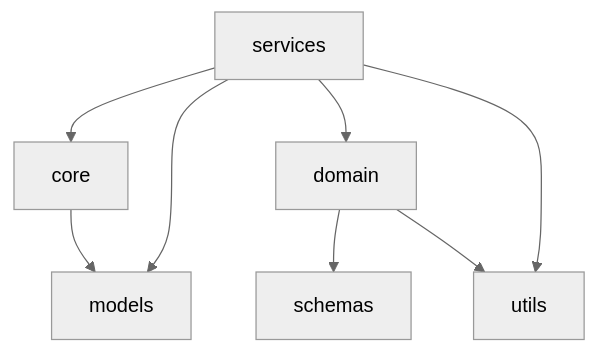
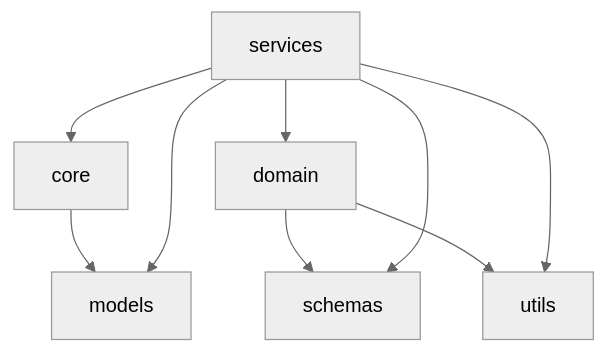
The diagram in backend/docs/ARCHITECTURE.md (chams-eddine/predaiot-platform), drawn with Mermaid (neutral theme) before and after one commit. The commit also changed other lines of this file and 3 other files, not shown here.

````diff
--- a/backend/docs/ARCHITECTURE.md
+++ b/backend/docs/ARCHITECTURE.md
@@ -7,10 +7,11 @@
 ```mermaid
 graph TD
     core --> models
     domain --> schemas
     domain --> utils
     services --> core
     services --> domain
     services --> models
+    services --> schemas
     services --> utils
 ```
````
